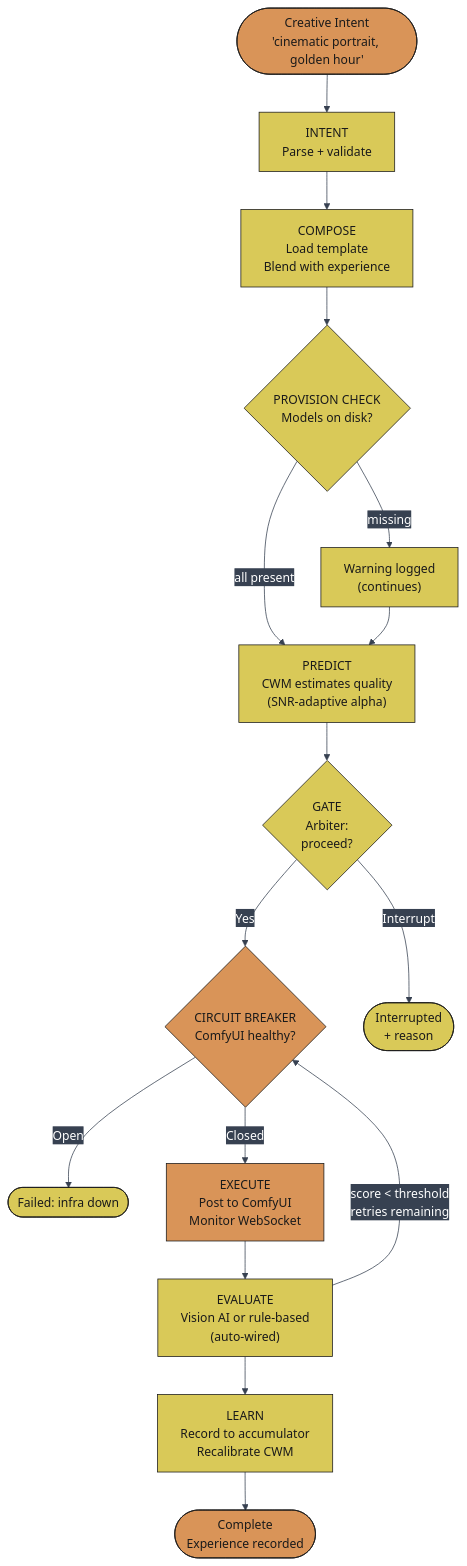
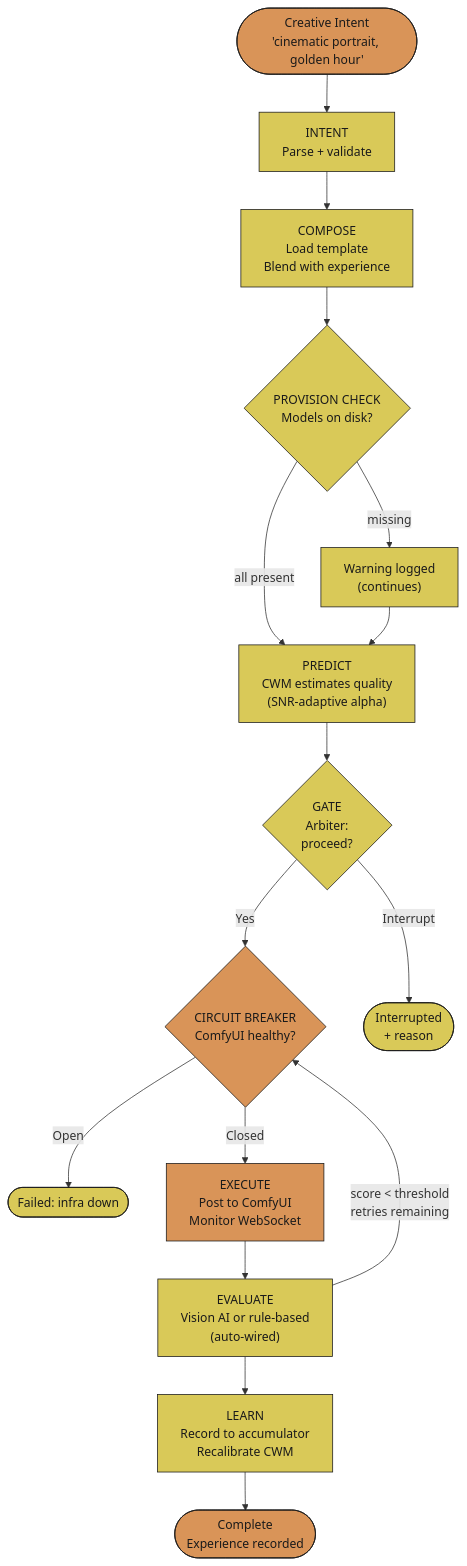
The tenth of 27 diagrams in README.md (JosephOIbrahim/Comfy-Cozy), drawn with Mermaid before and after one commit. The commit also changed other lines of this file, not shown here.

First line of the commit message:
[DOCS] Remove %%{init}%% theme directives from mermaid blocks

````diff
--- a/README.md
+++ b/README.md
@@ -592,24 +584,23 @@
 ```mermaid
-%%{init: {'theme':'base','themeVariables': {'primaryColor':'#0066FF','primaryTextColor':'#ffffff','primaryBorderColor':'#003eaa','lineColor':'#374151','secondaryColor':'#374151','tertiaryColor':'#1f2937','fontFamily':'monospace'}}}%%
 flowchart TD
     You(["Creative Intent<br/>'cinematic portrait, golden hour'"]) --> INTENT["INTENT<br/>Parse + validate"]
     INTENT --> COMPOSE["COMPOSE<br/>Load template<br/>Blend with experience"]
     COMPOSE --> PROVISION{"PROVISION CHECK<br/>Models on disk?"}
     PROVISION -->|"missing"| WARN["Warning logged<br/>(continues)"]
     PROVISION -->|"all present"| PREDICT
     WARN --> PREDICT["PREDICT<br/>CWM estimates quality<br/>(SNR-adaptive alpha)"]
     PREDICT --> GATE{"GATE<br/>Arbiter:<br/>proceed?"}
     GATE -->|Yes| CB{"CIRCUIT BREAKER<br/>ComfyUI healthy?"}
     GATE -->|Interrupt| STOP(["Interrupted<br/>+ reason"])
     CB -->|Open| FAIL(["Failed: infra down"])
     CB -->|Closed| EXECUTE["EXECUTE<br/>Post to ComfyUI<br/>Monitor WebSocket"]
     EXECUTE --> EVALUATE["EVALUATE<br/>Vision AI or rule-based<br/>(auto-wired)"]
     EVALUATE --> LEARN["LEARN<br/>Record to accumulator<br/>Recalibrate CWM"]
     LEARN --> DONE(["Complete<br/>Experience recorded"])
     EVALUATE -->|"score < threshold<br/>retries remaining"| CB
 
     classDef orange fill:#d99458,color:#1a1a1a,stroke:#1a1a1a
     classDef yellow fill:#d9c958,color:#1a1a1a,stroke:#1a1a1a
     class You,CB,EXECUTE,DONE orange
     class GATE,EVALUATE,LEARN,STOP,FAIL,PROVISION,INTENT,COMPOSE,WARN,PREDICT yellow
 ```
````
